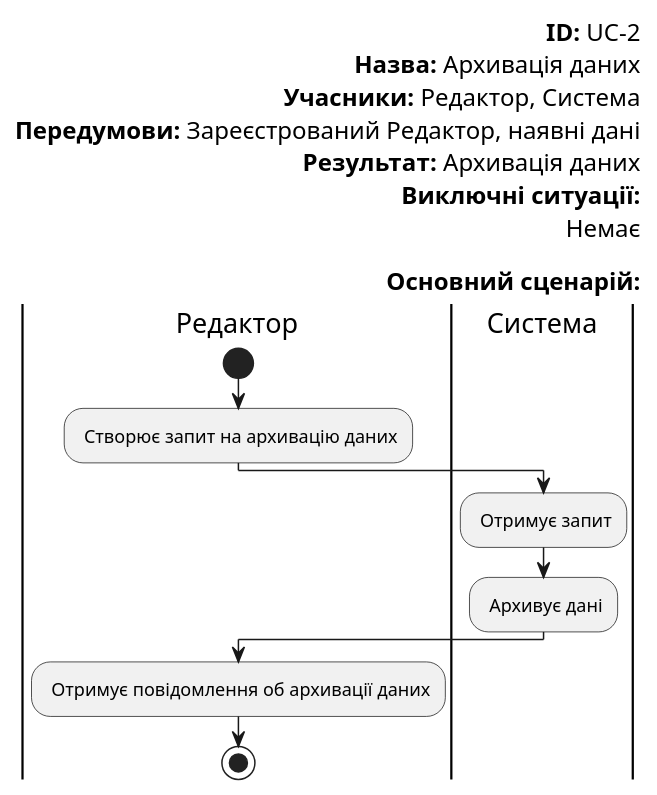
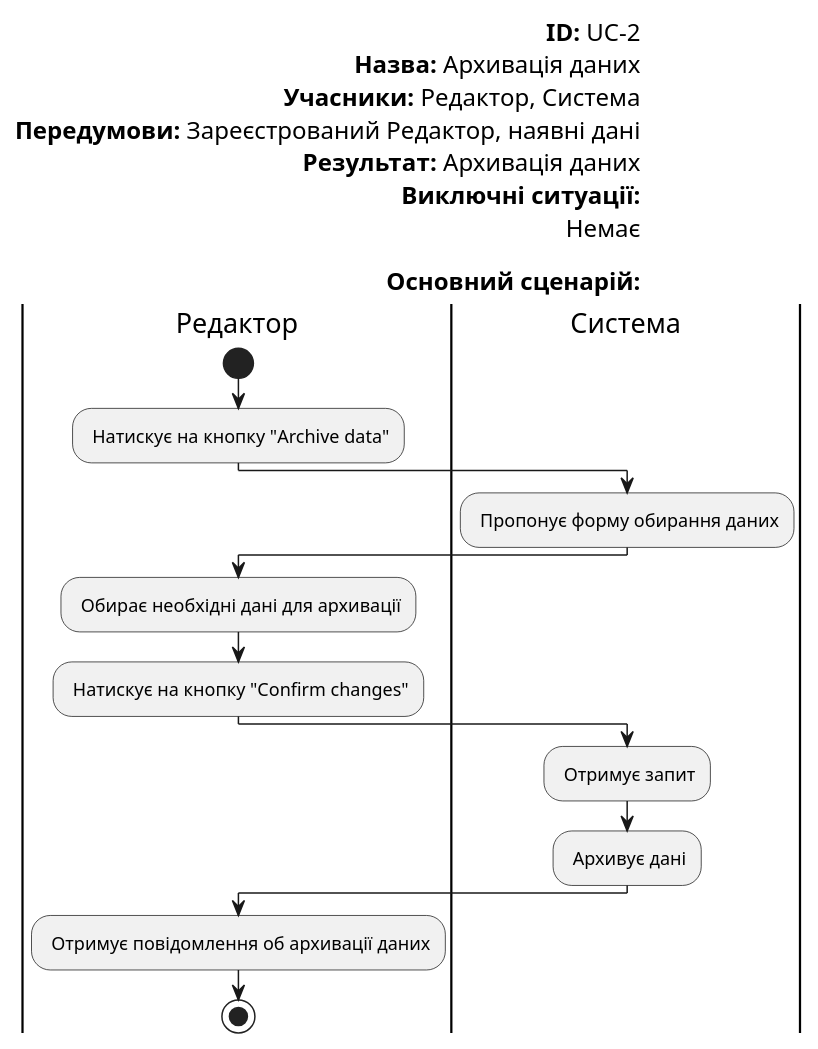
The fifth of 12 diagrams in docs/use cases/README.md (horidor/open-data-management-system), drawn with PlantUML before and after one commit. The commit also changed other lines of this file, not shown here.

```diff
--- a/docs/use cases/README.md
+++ b/docs/use cases/README.md
@@ -151,25 +146,30 @@
 @startuml
 
     left header
         <font color=000 size=16><b>ID:</b> UC-2
         <font color=000 size=16><b>Назва:</b> Архивація даних
         <font color=000 size=16><b>Учасники:</b> Редактор, Система
         <font color=000 size=16><b>Передумови:</b> Зареєстрований Редактор, наявні дані
         <font color=000 size=16><b>Результат:</b> Архивація даних
         <font color=000 size=16><b>Виключні ситуації:</b>
         <font color=000 size=16>Немає
         
         <font color=000 size=16><b>Основний сценарій:</b>
     end header
 
     |Редактор|
         start
-        : Створює запит на архивацію даних;
+        : Натискує на кнопку "Archive data";
+    |Система|
+        : Пропонує форму обирання даних;
+    |Редактор|
+        : Обирає необхідні дані для архивації;
+        : Натискує на кнопку "Сonfirm changes";
     |Система|
         : Отримує запит;
         : Архивує дані;
     |Редактор|
         : Отримує повідомлення об архивації даних;
         stop;
 
 @enduml
```
